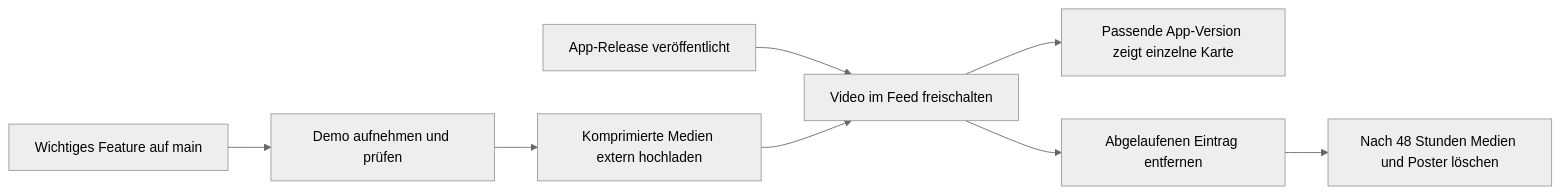
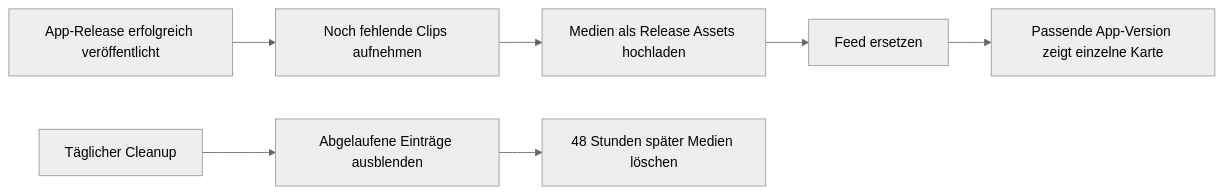
Before and after one commit to Leon-Achteresch/l8db: the diagram in docs/feature-videos-plan.md, drawn with Mermaid (neutral theme). The commit also changed other lines of this file and 29 other files, not shown here.

````diff
--- a/docs/feature-videos-plan.md
+++ b/docs/feature-videos-plan.md
@@ -7,10 +49,9 @@
 ```mermaid
 flowchart LR
-    A[Wichtiges Feature auf main] --> B[Demo aufnehmen und prüfen]
-    B --> C[Komprimierte Medien extern hochladen]
-    D[App-Release veröffentlicht] --> E[Video im Feed freischalten]
-    C --> E
-    E --> F[Passende App-Version zeigt einzelne Karte]
-    E --> G[Abgelaufenen Eintrag entfernen]
-    G --> H[Nach 48 Stunden Medien und Poster löschen]
+    A[App-Release erfolgreich veröffentlicht] --> B[Noch fehlende Clips aufnehmen]
+    B --> C[Medien als Release Assets hochladen]
+    C --> D[Feed ersetzen]
+    D --> E[Passende App-Version zeigt einzelne Karte]
+    F[Täglicher Cleanup] --> G[Abgelaufene Einträge ausblenden]
+    G --> H[48 Stunden später Medien löschen]
 ```
````
